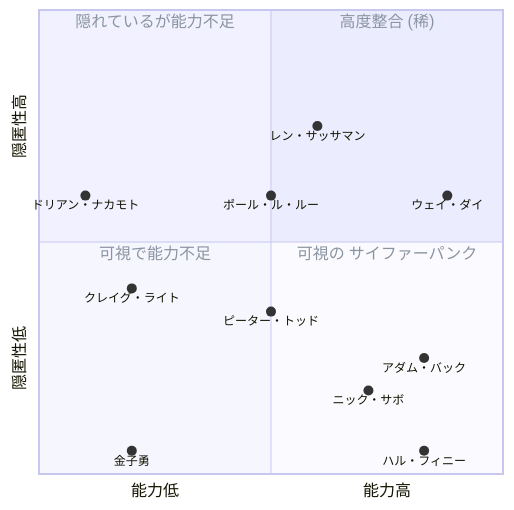
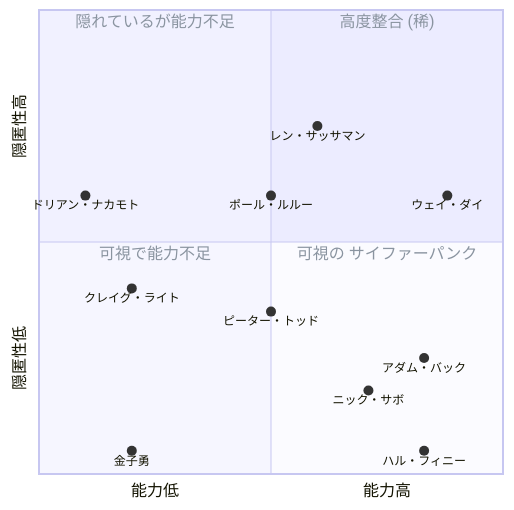
Before and after one commit to cypher256/BitcoinArchive: the first of 2 diagrams in src/data/translations/ja/analysis/2008-10-31-satoshi-identity-hypotheses-overview.md, drawn with Mermaid. The commit also changed other lines of this file and 10 other files, not shown here.

````diff
--- a/src/data/translations/ja/analysis/2008-10-31-satoshi-identity-hypotheses-overview.md
+++ b/src/data/translations/ja/analysis/2008-10-31-satoshi-identity-hypotheses-overview.md
@@ -160,20 +162,20 @@
 ```mermaid
 %%{init: {'themeVariables': {'quadrant1TextFill': '#8a94a0', 'quadrant2TextFill': '#8a94a0', 'quadrant3TextFill': '#8a94a0', 'quadrant4TextFill': '#8a94a0', 'xAxisTitleFill': '#8a94a0', 'yAxisTitleFill': '#8a94a0'}}}%%
 quadrantChart
     x-axis "能力低" --> "能力高"
     y-axis "隠匿性低" --> "隠匿性高"
     quadrant-1 "高度整合 (稀)"
     quadrant-2 "隠れているが能力不足"
     quadrant-3 "可視で能力不足"
     quadrant-4 "可視の サイファーパンク"
     "ウェイ・ダイ": [0.88, 0.6]
     "アダム・バック": [0.83, 0.25]
     "ハル・フィニー": [0.83, 0.05]
     "ニック・サボ": [0.71, 0.18]
     "レン・サッサマン": [0.6, 0.75]
-    "ポール・ル・ルー": [0.5, 0.6]
+    "ポール・ルルー": [0.5, 0.6]
     "ピーター・トッド": [0.5, 0.35]
     "クレイグ・ライト": [0.2, 0.4]
     "ドリアン・ナカモト": [0.1, 0.6]
     "金子勇": [0.2, 0.05]
 ```
````
